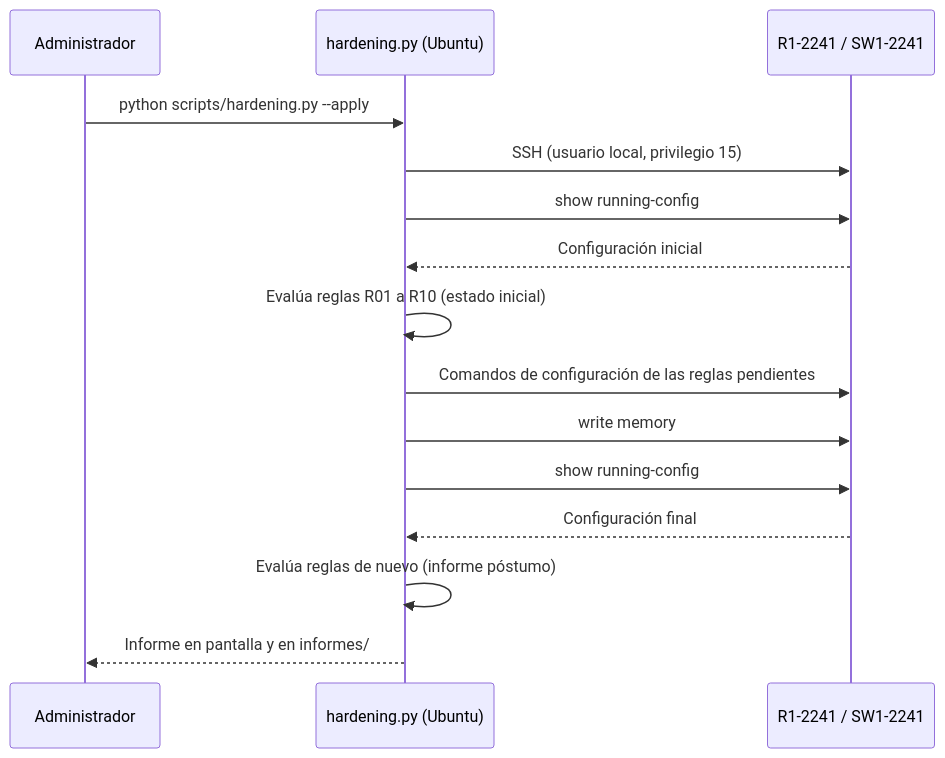
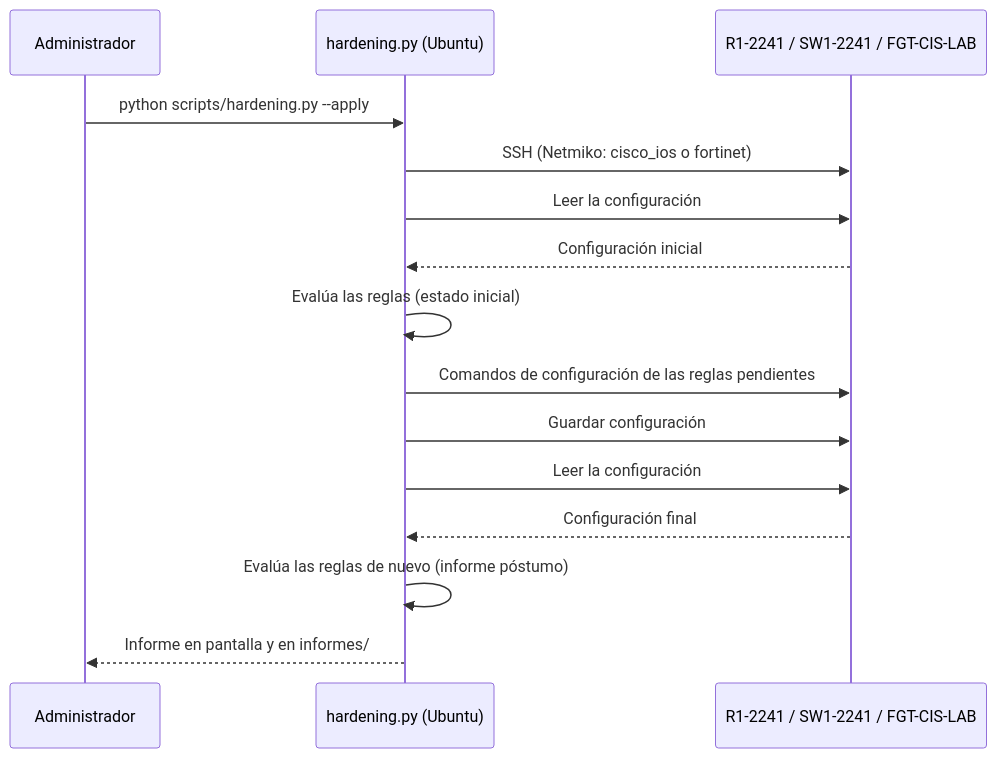
One commit to 4LB3RTXXX/hardening-cis-2241 changed the third of 3 diagrams in README.md. Above: the diagram before and after it, drawn with Mermaid. The commit also changed other lines of this file, not shown here.

````diff
--- a/README.md
+++ b/README.md
@@ -154,17 +158,17 @@
 ```mermaid
 sequenceDiagram
     participant U as Administrador
     participant S as hardening.py (Ubuntu)
-    participant R as R1-2241 / SW1-2241
+    participant E as R1-2241 / SW1-2241 / FGT-CIS-LAB
     U->>S: python scripts/hardening.py --apply
-    S->>R: SSH (usuario local, privilegio 15)
-    S->>R: show running-config
-    R-->>S: Configuración inicial
-    S->>S: Evalúa reglas R01 a R10 (estado inicial)
-    S->>R: Comandos de configuración de las reglas pendientes
-    S->>R: write memory
-    S->>R: show running-config
-    R-->>S: Configuración final
-    S->>S: Evalúa reglas de nuevo (informe póstumo)
+    S->>E: SSH (Netmiko: cisco_ios o fortinet)
+    S->>E: Leer la configuración
+    E-->>S: Configuración inicial
+    S->>S: Evalúa las reglas (estado inicial)
+    S->>E: Comandos de configuración de las reglas pendientes
+    S->>E: Guardar configuración
+    S->>E: Leer la configuración
+    E-->>S: Configuración final
+    S->>S: Evalúa las reglas de nuevo (informe póstumo)
     S-->>U: Informe en pantalla y en informes/
 ```
````
